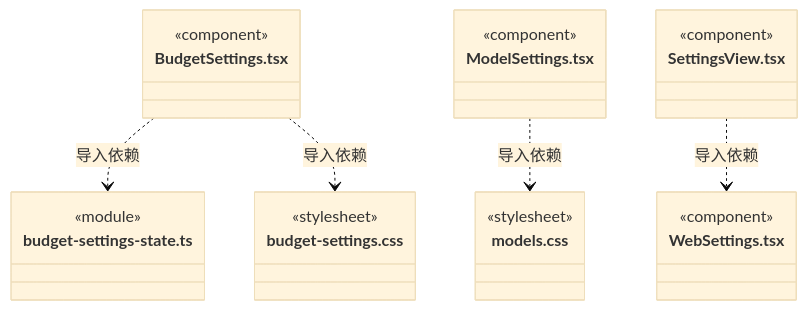
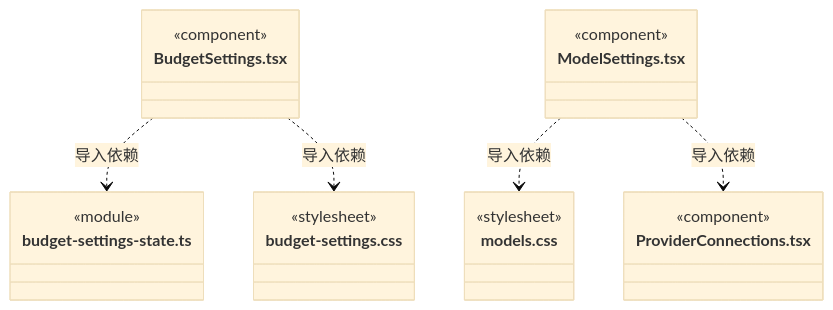
One commit to nan023062/cbim changed diagram 12 of 15 in src/frontend/settings/ARCHITECTURE.md. Above: the diagram before and after it, drawn with Mermaid (base theme). The commit also changed other lines of this file and 44 other files, not shown here.

````diff
--- a/src/frontend/settings/ARCHITECTURE.md
+++ b/src/frontend/settings/ARCHITECTURE.md
@@ -172,28 +187,25 @@
 ```mermaid
 classDiagram
 class N_src_frontend_settings_BudgetSettings_tsx["BudgetSettings.tsx"] {
   <<component>>
 }
 class N_src_frontend_settings_budget_settings_state_ts["budget-settings-state.ts"] {
   <<module>>
 }
 class N_src_frontend_settings_budget_settings_css["budget-settings.css"] {
   <<stylesheet>>
 }
 class N_src_frontend_settings_ModelSettings_tsx["ModelSettings.tsx"] {
   <<component>>
 }
 class N_src_frontend_settings_models_css["models.css"] {
   <<stylesheet>>
 }
-class N_src_frontend_settings_SettingsView_tsx["SettingsView.tsx"] {
-  <<component>>
-}
-class N_src_frontend_settings_WebSettings_tsx["WebSettings.tsx"] {
+class N_src_frontend_settings_ProviderConnections_tsx["ProviderConnections.tsx"] {
   <<component>>
 }
 N_src_frontend_settings_BudgetSettings_tsx ..> N_src_frontend_settings_budget_settings_state_ts : 导入依赖
 N_src_frontend_settings_BudgetSettings_tsx ..> N_src_frontend_settings_budget_settings_css : 导入依赖
 N_src_frontend_settings_ModelSettings_tsx ..> N_src_frontend_settings_models_css : 导入依赖
-N_src_frontend_settings_SettingsView_tsx ..> N_src_frontend_settings_WebSettings_tsx : 导入依赖
+N_src_frontend_settings_ModelSettings_tsx ..> N_src_frontend_settings_ProviderConnections_tsx : 导入依赖
 ```
````
